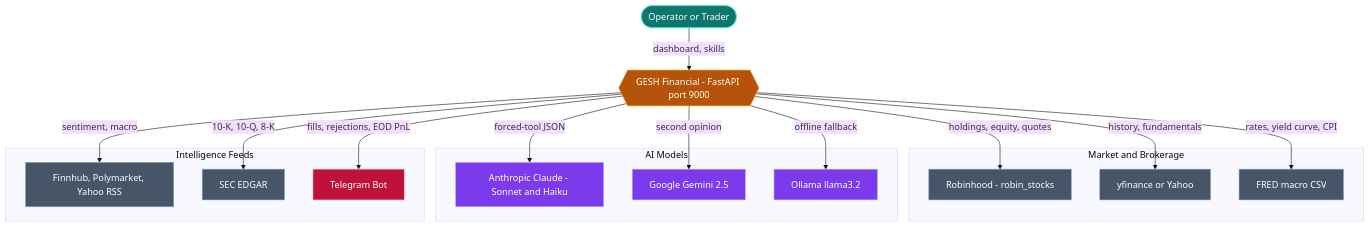
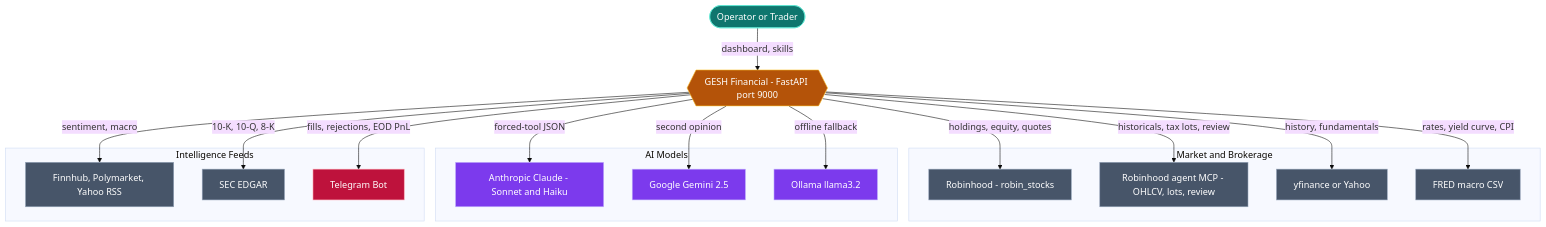
One commit to gesh75/Gesh-Project changed the first of 8 diagrams in docs/ARCHITECTURE.md. Above: the diagram before and after it, drawn with Mermaid (base theme). The commit also changed other lines of this file and 4 other files, not shown here.

First line of the commit message:
docs: point architecture and agent maps at the RH MCP runbook

````diff
--- a/docs/ARCHITECTURE.md
+++ b/docs/ARCHITECTURE.md
@@ -31,40 +33,42 @@
 ```mermaid
 flowchart TB
     operator(["Operator or Trader"]):::actor
     gesh{{"GESH Financial - FastAPI port 9000"}}:::core
 
     subgraph MKT["Market and Brokerage"]
         rh["Robinhood - robin_stocks"]:::ext
+        mcp["Robinhood agent MCP - OHLCV, lots, review"]:::ext
         yf["yfinance or Yahoo"]:::ext
         fred["FRED macro CSV"]:::ext
     end
 
     subgraph AI["AI Models"]
         claude["Anthropic Claude - Sonnet and Haiku"]:::ai
         gemini["Google Gemini 2.5"]:::ai
         ollama["Ollama llama3.2"]:::ai
     end
 
     subgraph INTEL["Intelligence Feeds"]
         news["Finnhub, Polymarket, Yahoo RSS"]:::ext
         edgar["SEC EDGAR"]:::ext
         tg["Telegram Bot"]:::alert
     end
 
     operator -->|"dashboard, skills"| gesh
     gesh -->|"holdings, equity, quotes"| rh
+    gesh -->|"historicals, tax lots, review"| mcp
     gesh -->|"history, fundamentals"| yf
     gesh -->|"rates, yield curve, CPI"| fred
     gesh -->|"forced-tool JSON"| claude
     gesh -->|"second opinion"| gemini
     gesh -->|"offline fallback"| ollama
     gesh -->|"sentiment, macro"| news
     gesh -->|"10-K, 10-Q, 8-K"| edgar
     gesh -->|"fills, rejections, EOD PnL"| tg
 
     classDef actor  fill:#0f766e,stroke:#5eead4,color:#fff
     classDef core   fill:#b45309,stroke:#fbbf24,color:#fff
     classDef ai     fill:#7c3aed,stroke:#c4b5fd,color:#fff
     classDef ext    fill:#475569,stroke:#94a3b8,color:#fff
     classDef alert  fill:#be123c,stroke:#fda4af,color:#fff
 ```
````
